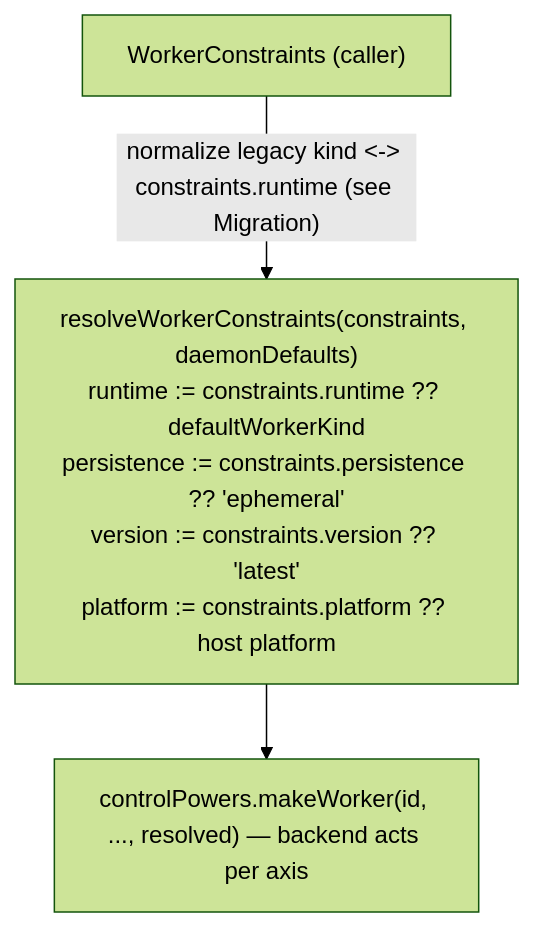
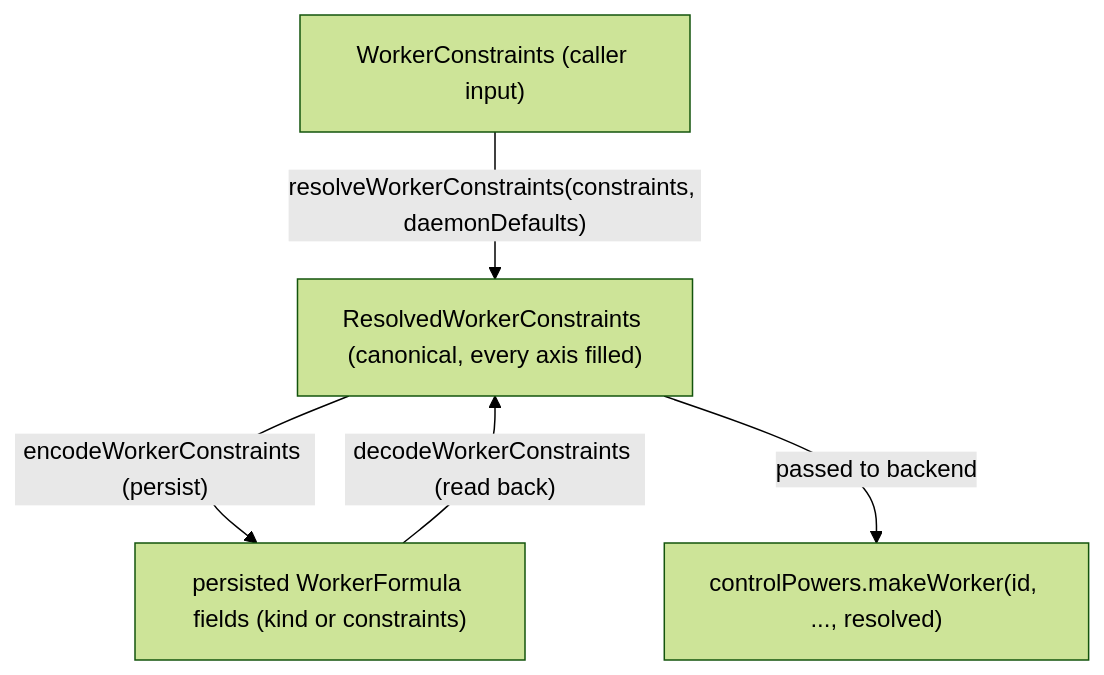
Before and after one commit to endojs/endo-but-for-bots: the diagram in designs/worker-constraint-model.md, drawn with Mermaid (forest theme). The commit also changed other lines of this file and 2 other files, not shown here.

First line of the commit message:
design(daemon): address gauntlet panel round 2 must-fix items

````diff
--- a/designs/worker-constraint-model.md
+++ b/designs/worker-constraint-model.md
@@ -355,6 +438,7 @@
 ```mermaid
 flowchart TD
-  A["WorkerConstraints (caller)"] -->|"normalize legacy kind &lt;-&gt; constraints.runtime (see Migration)"| B
-  B["resolveWorkerConstraints(constraints, daemonDefaults)<br/>runtime := constraints.runtime ?? defaultWorkerKind<br/>persistence := constraints.persistence ?? 'ephemeral'<br/>version := constraints.version ?? 'latest'<br/>platform := constraints.platform ?? host platform"] --> C
-  C["controlPowers.makeWorker(id, ..., resolved) — backend acts per axis"]
+  A["WorkerConstraints (caller input)"] -->|"resolveWorkerConstraints(constraints, daemonDefaults)"| B
+  B["ResolvedWorkerConstraints (canonical, every axis filled)"] -->|"encodeWorkerConstraints (persist)"| C
+  C["persisted WorkerFormula fields (kind or constraints)"] -->|"decodeWorkerConstraints (read back)"| B
+  B -->|"passed to backend"| D["controlPowers.makeWorker(id, ..., resolved)"]
 ```
````
